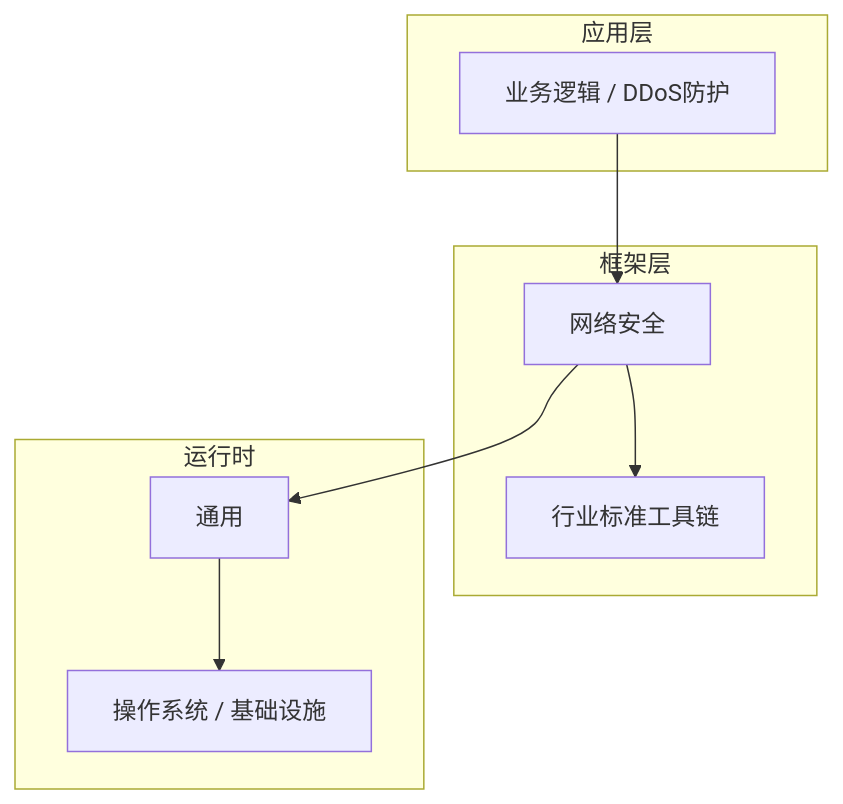
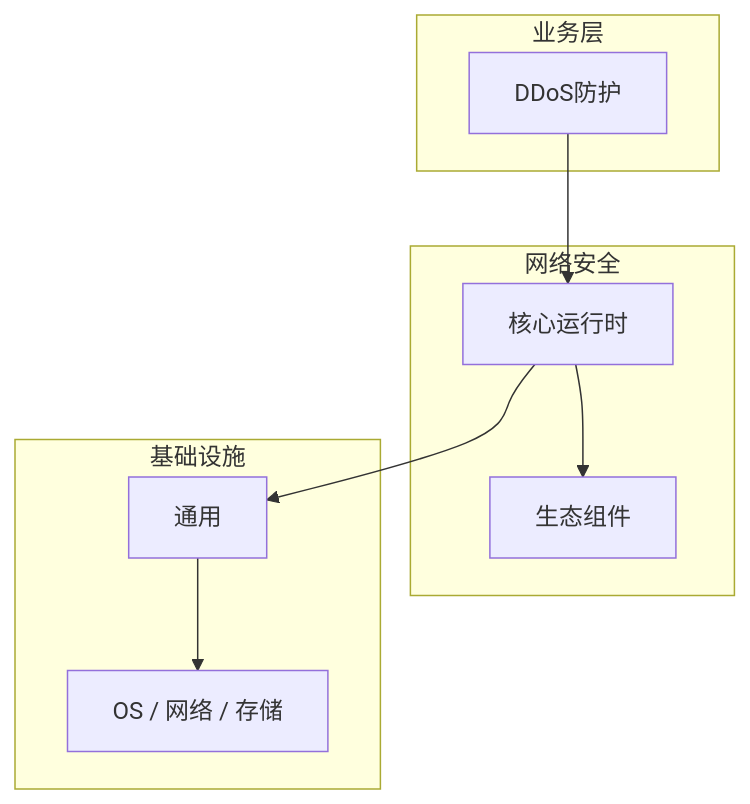
The diagram in articles/网络安全/chapters/050-DDoS防护核心概念与原理.md (yanggan2015/knowledge-json-v2), drawn with Mermaid before and after one commit. The commit also changed other lines of this file and 10127 other files, not shown here.

````diff
--- a/articles/网络安全/chapters/050-DDoS防护核心概念与原理.md
+++ b/articles/网络安全/chapters/050-DDoS防护核心概念与原理.md
@@ -46,18 +35,18 @@
 ```mermaid
 graph TB
-    subgraph 应用层
-        A[业务逻辑 / DDoS防护]
+    subgraph 业务层
+        A[DDoS防护]
     end
-    subgraph 框架层
-        B[网络安全]
-        C[行业标准工具链]
+    subgraph 网络安全
+        B[核心运行时]
+        C[生态组件]
     end
-    subgraph 运行时
+    subgraph 基础设施
         D[通用]
-        E[操作系统 / 基础设施]
+        E[OS / 网络 / 存储]
     end
     A --> B
     B --> C
     B --> D
     D --> E
 ```
````
